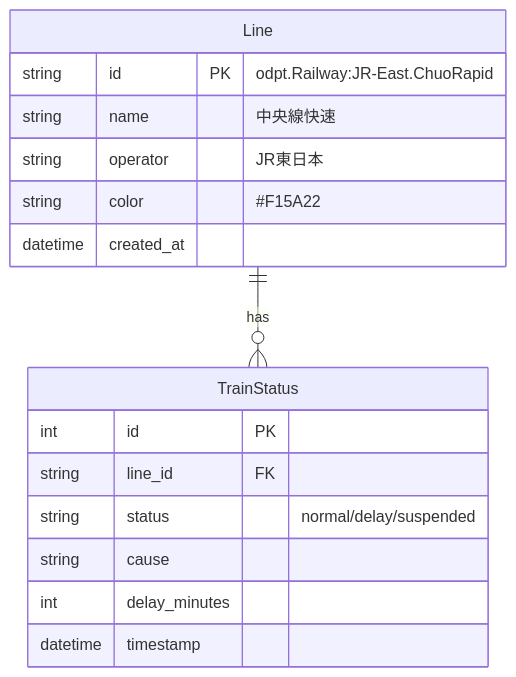
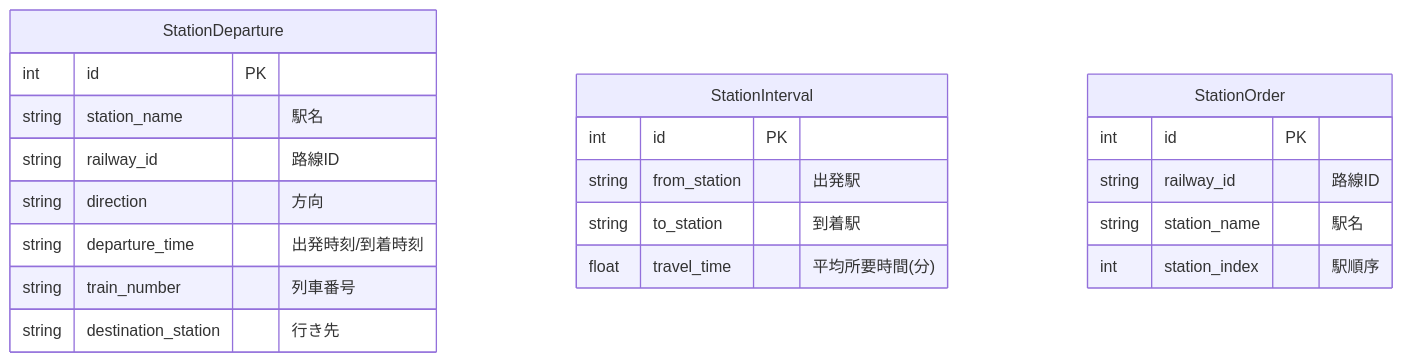
The diagram in .agent/plan/db_schema.md (tatsukikitamura/opendata), drawn with Mermaid before and after one commit. The commit also changed other lines of this file and 3 other files, not shown here.

````diff
--- a/.agent/plan/db_schema.md
+++ b/.agent/plan/db_schema.md
@@ -5,21 +5,26 @@
 ```mermaid
 erDiagram
-    Line ||--o{ TrainStatus : has
-    
-    Line {
-        string id PK "odpt.Railway:JR-East.ChuoRapid"
-        string name "中央線快速"
-        string operator "JR東日本"
-        string color "#F15A22"
-        datetime created_at
+    StationDeparture {
+        int id PK
+        string station_name "駅名"
+        string railway_id "路線ID"
+        string direction "方向"
+        string departure_time "出発時刻/到着時刻"
+        string train_number "列車番号"
+        string destination_station "行き先"
     }
-    
-    TrainStatus {
+
+    StationInterval {
         int id PK
-        string line_id FK
-        string status "normal/delay/suspended"
-        string cause
-        int delay_minutes
-        datetime timestamp
+        string from_station "出発駅"
+        string to_station "到着駅"
+        float travel_time "平均所要時間(分)"
+    }
+
+    StationOrder {
+        int id PK
+        string railway_id "路線ID"
+        string station_name "駅名"
+        int station_index "駅順序"
     }
 ```
````
